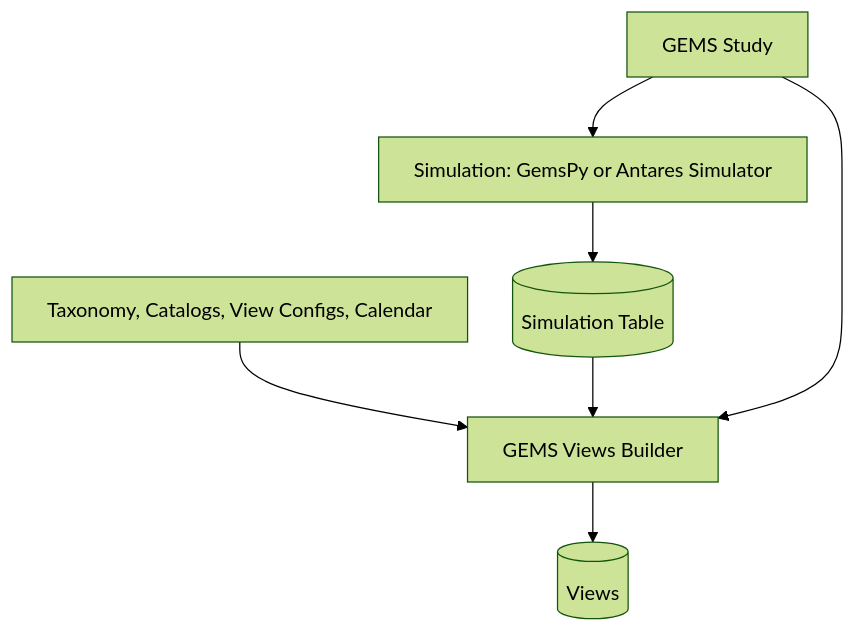
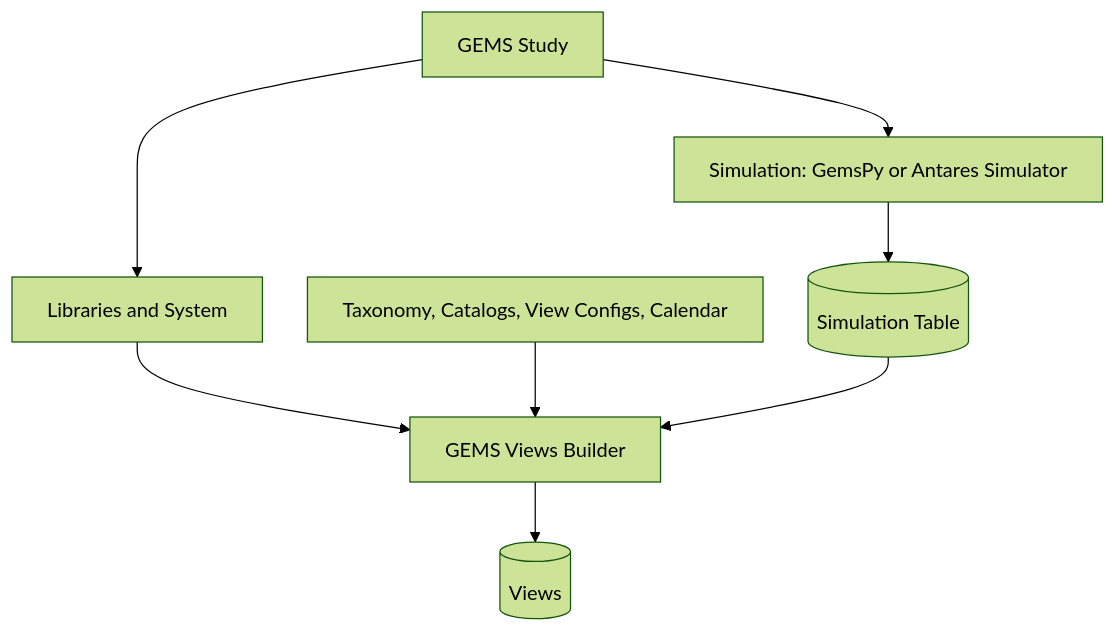
The diagram in README.md (AntaresSimulatorTeam/GEMS-ViewsBuilder), drawn with Mermaid (forest theme) before and after one commit.

Commit message:
docs: update README flowchart for clarity and structure
- Adjusted flowchart to better represent the relationship between study files and the GEMS Views Builder.
- Improved input connections for enhanced understanding of the workflow.

````diff
--- a/README.md
+++ b/README.md
@@ -34,10 +34,11 @@
 ```mermaid
 %%{init: {"flowchart": {"htmlLabels": false, "wrappingWidth": 420, "padding": 14, "nodeSpacing": 36, "rankSpacing": 48}} }%%
 flowchart TB
     study["GEMS Study"] --> sim["Simulation: GemsPy or Antares Simulator"]
     sim --> table[("Simulation Table")]
-    inputs["Taxonomy, Catalogs, View Configs, Calendar"] --> gvb["GEMS Views Builder"]
+    study --> study_files["Libraries and System"]
+    study_files --> gvb["GEMS Views Builder"]
+    inputs["Taxonomy, Catalogs, View Configs, Calendar"] --> gvb
     table --> gvb
-    study --> gvb
     gvb --> views[("Views")]
 ```
````
